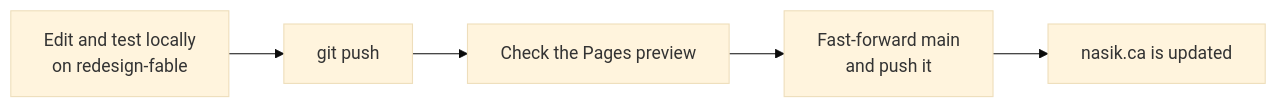
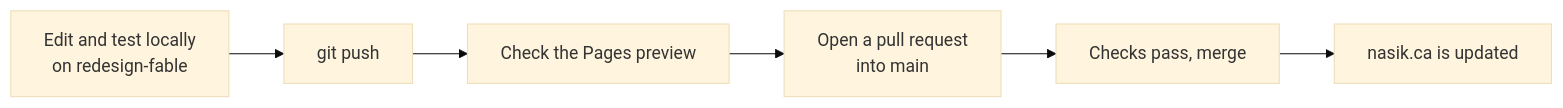
One commit to nasiksami/Portfolio changed the third of 3 diagrams in README.md. Above: the diagram before and after it, drawn with Mermaid (base theme). The commit also changed other lines of this file and 8 other files, not shown here.

First line of the commit message:
ci: smoke tests and Lighthouse, and a pull-request check for main

````diff
--- a/README.md
+++ b/README.md
@@ -136,10 +160,11 @@
 ```mermaid
 flowchart LR
     edit["Edit and test locally<br/>on redesign-fable"]
     push1["git push"]
     check["Check the Pages preview"]
-    promote["Fast-forward main<br/>and push it"]
+    pr["Open a pull request<br/>into main"]
+    merge["Checks pass, merge"]
     livesite["nasik.ca is updated"]
 
-    edit --> push1 --> check --> promote --> livesite
+    edit --> push1 --> check --> pr --> merge --> livesite
 ```
````
